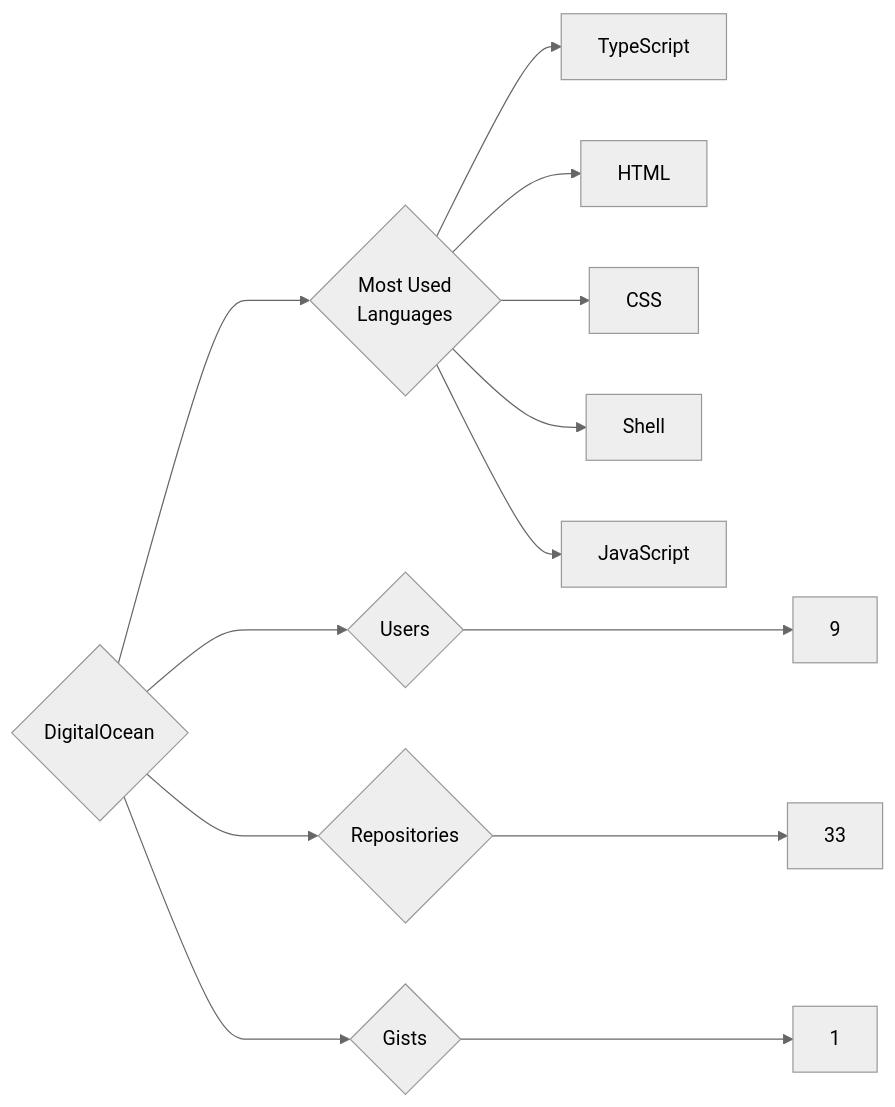
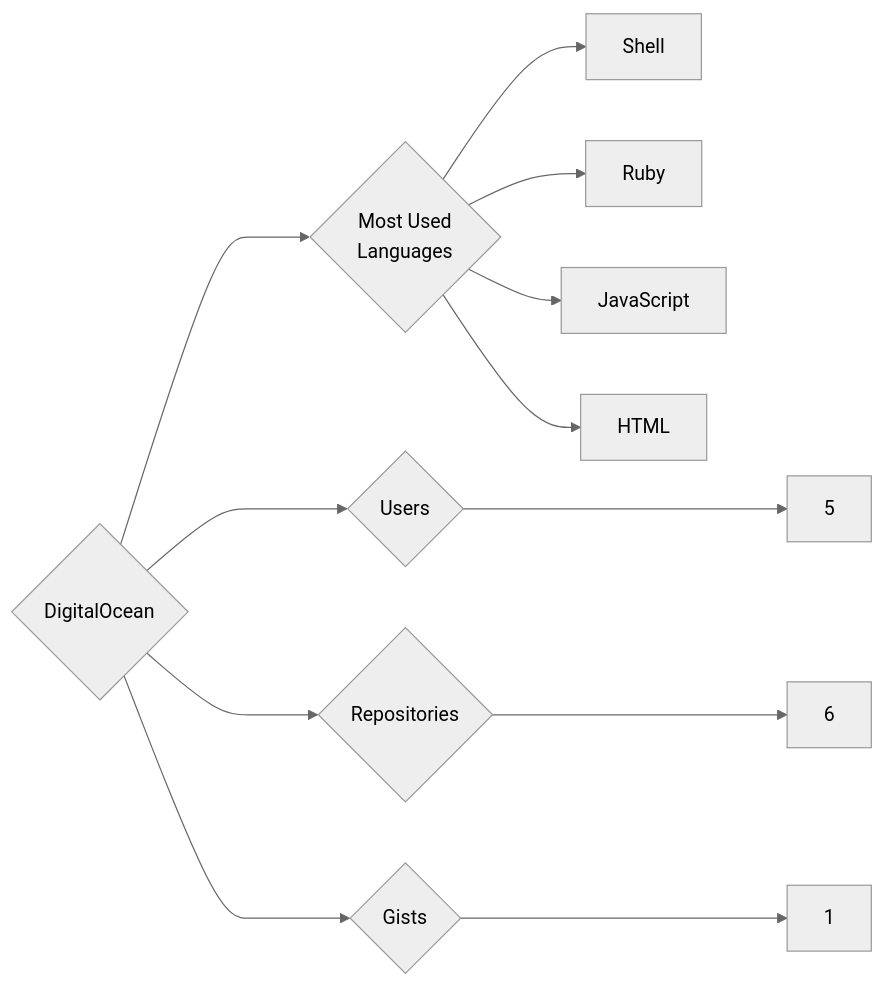
The diagram in targets/DigitalOcean/README.md (trickest/insiders), drawn with Mermaid (neutral theme) before and after one commit. The commit also changed 1212 other files, not shown here.

````diff
--- a/targets/DigitalOcean/README.md
+++ b/targets/DigitalOcean/README.md
@@ -3,13 +3,12 @@
 ```mermaid
 graph LR
 COMPANY_NAME{DigitalOcean}
-COMPANY_NAME ---> U{Users} ---> UN[9]
-COMPANY_NAME ---> R{Repositories} ---> RN[33]
+COMPANY_NAME ---> U{Users} ---> UN[5]
+COMPANY_NAME ---> R{Repositories} ---> RN[6]
 COMPANY_NAME ---> G{Gists} ---> GN[1]
 COMPANY_NAME ---> ML{Most Used<br>Languages}
-ML --> TypeScript[TypeScript]
+ML --> Shell[Shell]
+ML --> Ruby[Ruby]
+ML --> JavaScript[JavaScript]
 ML --> HTML[HTML]
-ML --> CSS[CSS]
-ML --> Shell[Shell]
-ML --> JavaScript[JavaScript]
 ```
````
